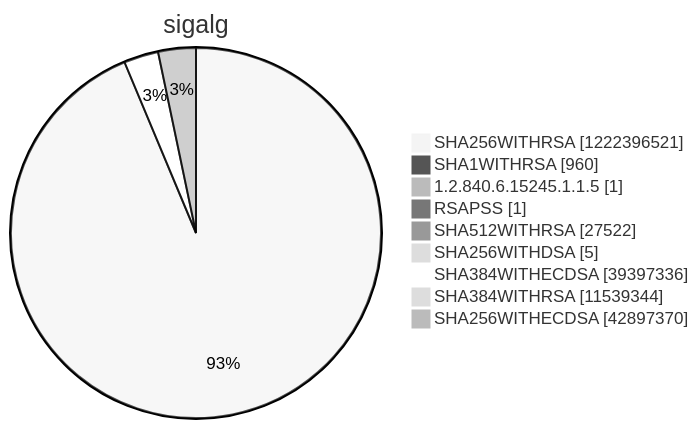
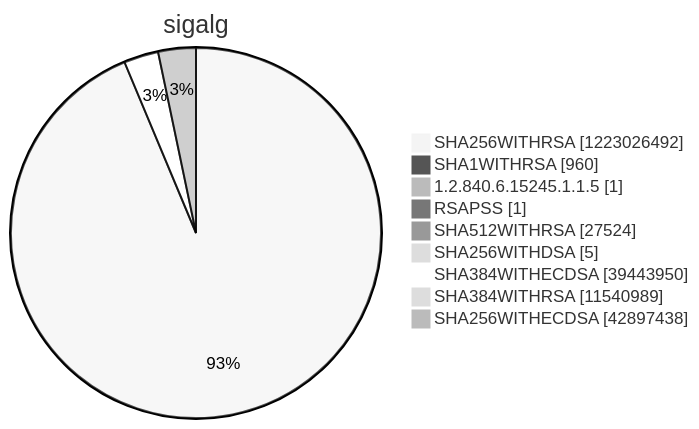
Diagram 15 of 15 in argon2022/README.md (christiankrug/ctmonitor_visualization), drawn with Mermaid (neutral theme) before and after one commit. The commit also changed other lines of this file, not shown here.

````diff
--- a/argon2022/README.md
+++ b/argon2022/README.md
@@ -5521,13 +5521,13 @@
 ```mermaid
 pie showData
 title sigalg
-"SHA256WITHRSA" :1222396521
+"SHA256WITHRSA" :1223026492
 "SHA1WITHRSA" :960
 "1.2.840.6.15245.1.1.5" :1
 "RSAPSS" :1
-"SHA512WITHRSA" :27522
+"SHA512WITHRSA" :27524
 "SHA256WITHDSA" :5
-"SHA384WITHECDSA" :39397336
-"SHA384WITHRSA" :11539344
-"SHA256WITHECDSA" :42897370
+"SHA384WITHECDSA" :39443950
+"SHA384WITHRSA" :11540989
+"SHA256WITHECDSA" :42897438
 ```
````
